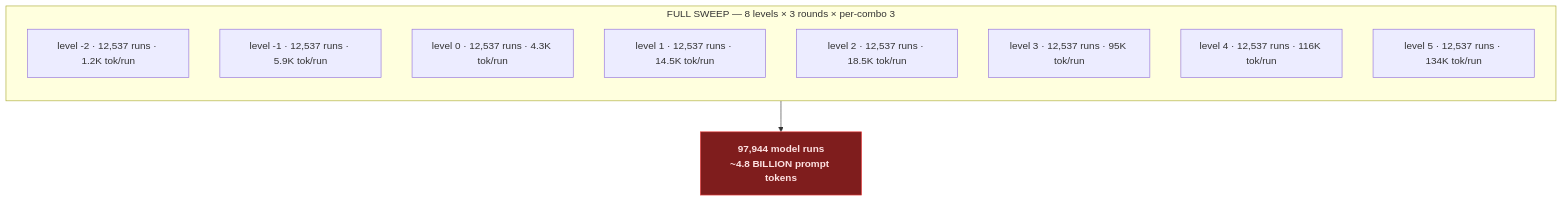
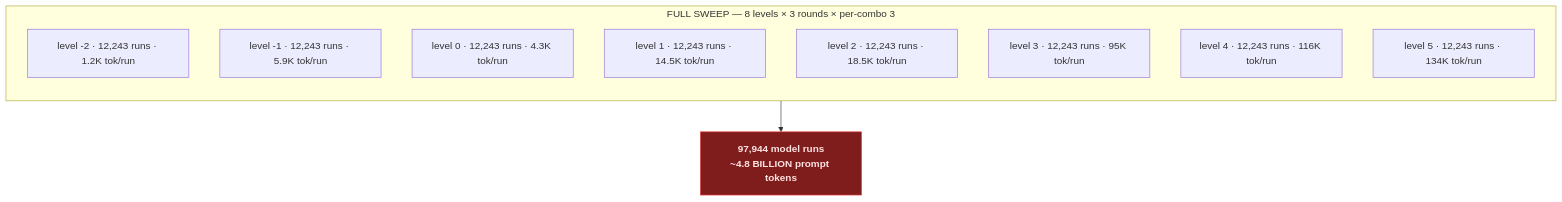
Before and after one commit to NikolaRHristov/STE-Code: the sixth of 8 diagrams in .agents/uml/benchmark-run-budget.md, drawn with Mermaid.

Commit message:
fix(benchmark): update model run counts for levels in full sweep diagram

````diff
--- a/.agents/uml/benchmark-run-budget.md
+++ b/.agents/uml/benchmark-run-budget.md
@@ -384,17 +384,17 @@
 ```mermaid
 flowchart TD
     subgraph SWEEP["FULL SWEEP — 8 levels × 3 rounds × per-combo 3"]
         direction TB
-        L1["level -2 · 12,537 runs · 1.2K tok/run"]
-        L2["level -1 · 12,537 runs · 5.9K tok/run"]
-        L3["level 0 · 12,537 runs · 4.3K tok/run"]
-        L4["level 1 · 12,537 runs · 14.5K tok/run"]
-        L5["level 2 · 12,537 runs · 18.5K tok/run"]
-        L6["level 3 · 12,537 runs · 95K tok/run"]
-        L7["level 4 · 12,537 runs · 116K tok/run"]
-        L8["level 5 · 12,537 runs · 134K tok/run"]
+        L1["level -2 · 12,243 runs · 1.2K tok/run"]
+        L2["level -1 · 12,243 runs · 5.9K tok/run"]
+        L3["level 0 · 12,243 runs · 4.3K tok/run"]
+        L4["level 1 · 12,243 runs · 14.5K tok/run"]
+        L5["level 2 · 12,243 runs · 18.5K tok/run"]
+        L6["level 3 · 12,243 runs · 95K tok/run"]
+        L7["level 4 · 12,243 runs · 116K tok/run"]
+        L8["level 5 · 12,243 runs · 134K tok/run"]
     end
     SWEEP --> TOT["<b>97,944 model runs</b><br/><b>~4.8 BILLION prompt tokens</b>"]
 
     style TOT fill:#7f1d1d,stroke:#ef4444,color:#fee2e2
 ```
````
